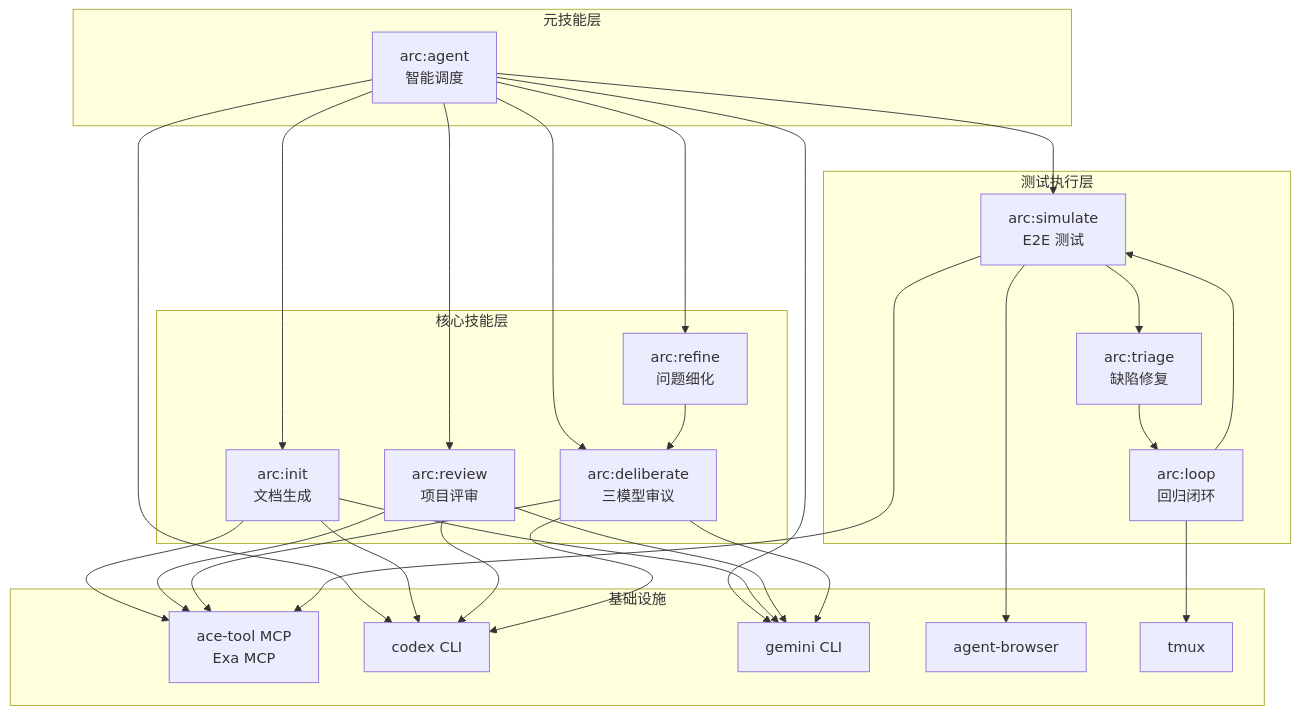
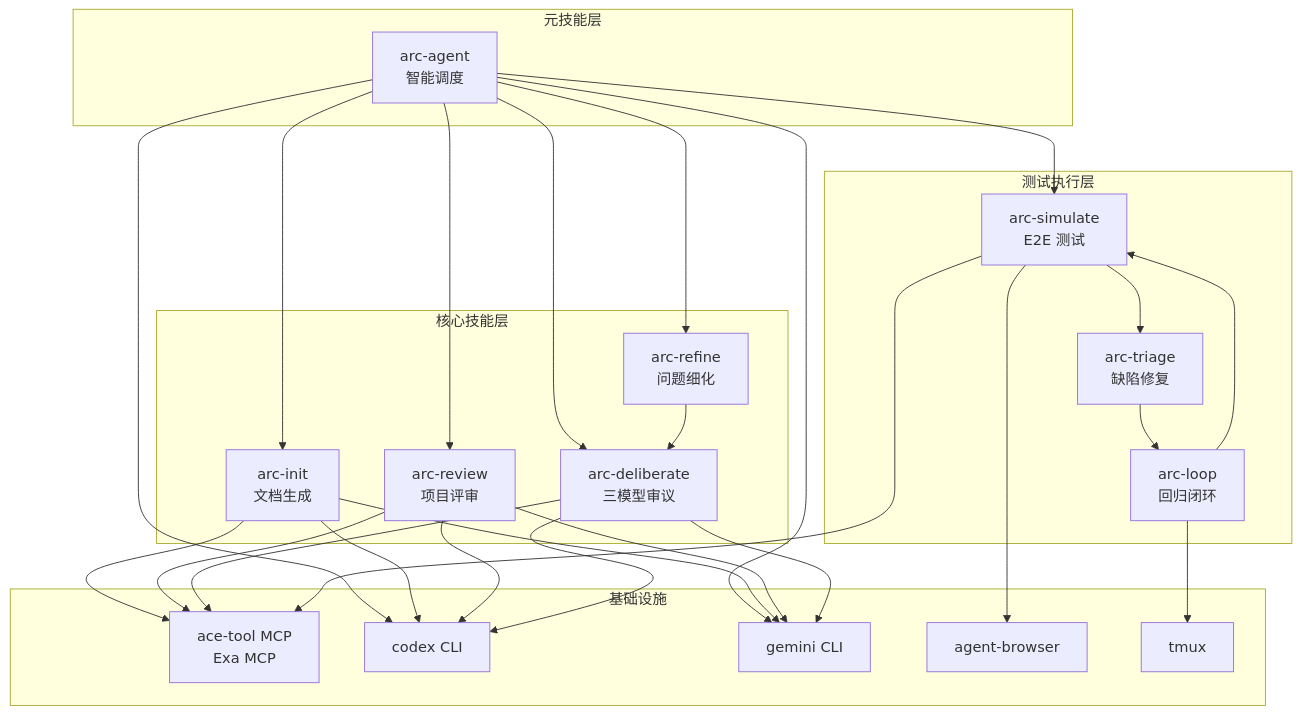
Before and after one commit to iwen-conf/Skills: the diagram in .arc/init/claude/analysis.md, drawn with Mermaid. The commit also changed other lines of this file and 8 other files, not shown here.

````diff
--- a/.arc/init/claude/analysis.md
+++ b/.arc/init/claude/analysis.md
@@ -122,67 +122,67 @@
 ```mermaid
 graph TD
     subgraph 元技能层
-        AGENT["arc:agent<br/>智能调度"]
+        AGENT["arc-agent<br/>智能调度"]
     end
 
     subgraph 核心技能层
-        INIT["arc:init<br/>文档生成"]
-        REVIEW["arc:review<br/>项目评审"]
-        DELIB["arc:deliberate<br/>三模型审议"]
-        REFINE["arc:refine<br/>问题细化"]
+        INIT["arc-init<br/>文档生成"]
+        REVIEW["arc-review<br/>项目评审"]
+        DELIB["arc-deliberate<br/>三模型审议"]
+        REFINE["arc-refine<br/>问题细化"]
     end
 
     subgraph 测试执行层
-        SIM["arc:simulate<br/>E2E 测试"]
-        TRIAGE["arc:triage<br/>缺陷修复"]
-        LOOP["arc:loop<br/>回归闭环"]
+        SIM["arc-simulate<br/>E2E 测试"]
+        TRIAGE["arc-triage<br/>缺陷修复"]
+        LOOP["arc-loop<br/>回归闭环"]
     end
 
     subgraph 基础设施
         MCP["ace-tool MCP<br/>Exa MCP"]
         CODEX["codex CLI"]
         GEMINI["gemini CLI"]
         BROWSER["agent-browser"]
         TMUX["tmux"]
     end
 
     AGENT --> INIT
     AGENT --> REVIEW
     AGENT --> DELIB
     AGENT --> REFINE
     AGENT --> SIM
     AGENT --> CODEX
     AGENT --> GEMINI
 
     REFINE --> DELIB
 
     SIM --> TRIAGE
     TRIAGE --> LOOP
 
     INIT --> MCP
     INIT --> CODEX
     INIT --> GEMINI
 
     REVIEW --> MCP
     REVIEW --> CODEX
     REVIEW --> GEMINI
 
     DELIB --> MCP
     DELIB --> CODEX
     DELIB --> GEMINI
 
     SIM --> BROWSER
     SIM --> MCP
 
     LOOP --> TMUX
     LOOP --> SIM
 
-    click AGENT "./agent/CLAUDE.md" "arc:agent"
-    click INIT "./init/CLAUDE.md" "arc:init"
-    click REVIEW "./review/CLAUDE.md" "arc:review"
-    click DELIB "./deliberate/CLAUDE.md" "arc:deliberate"
-    click REFINE "./refine/CLAUDE.md" "arc:refine"
-    click SIM "./simulate/CLAUDE.md" "arc:simulate"
-    click TRIAGE "./triage/CLAUDE.md" "arc:triage"
-    click LOOP "./loop/CLAUDE.md" "arc:loop"
+    click AGENT "./agent/CLAUDE.md" "arc-agent"
+    click INIT "./init/CLAUDE.md" "arc-init"
+    click REVIEW "./review/CLAUDE.md" "arc-review"
+    click DELIB "./deliberate/CLAUDE.md" "arc-deliberate"
+    click REFINE "./refine/CLAUDE.md" "arc-refine"
+    click SIM "./simulate/CLAUDE.md" "arc-simulate"
+    click TRIAGE "./triage/CLAUDE.md" "arc-triage"
+    click LOOP "./loop/CLAUDE.md" "arc-loop"
 ```
````
